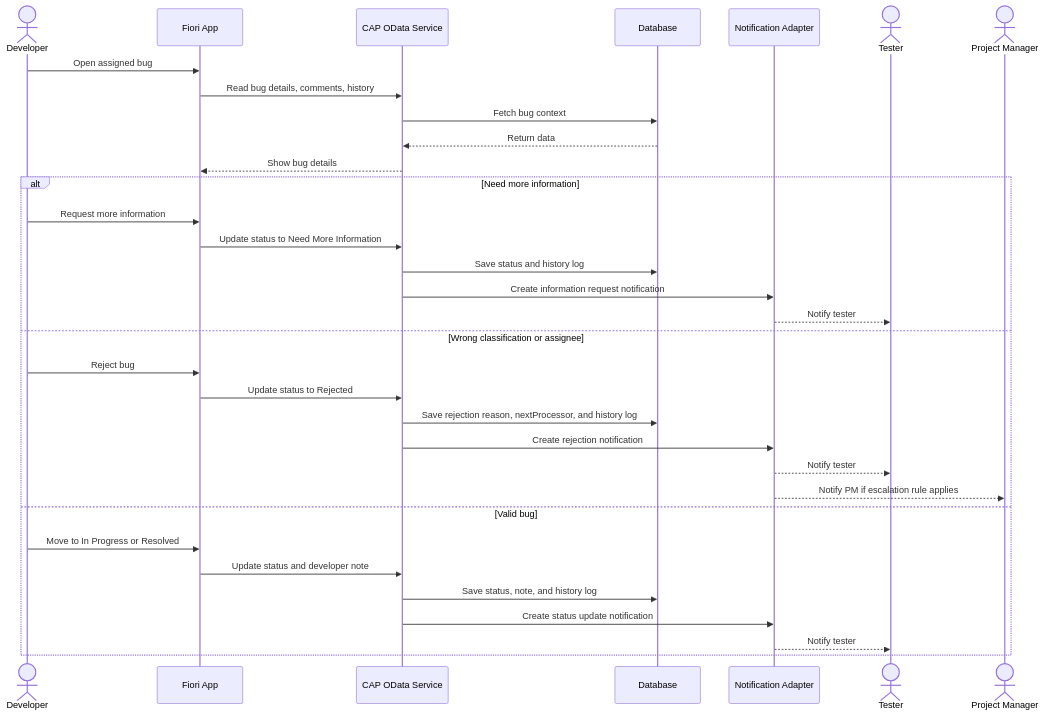
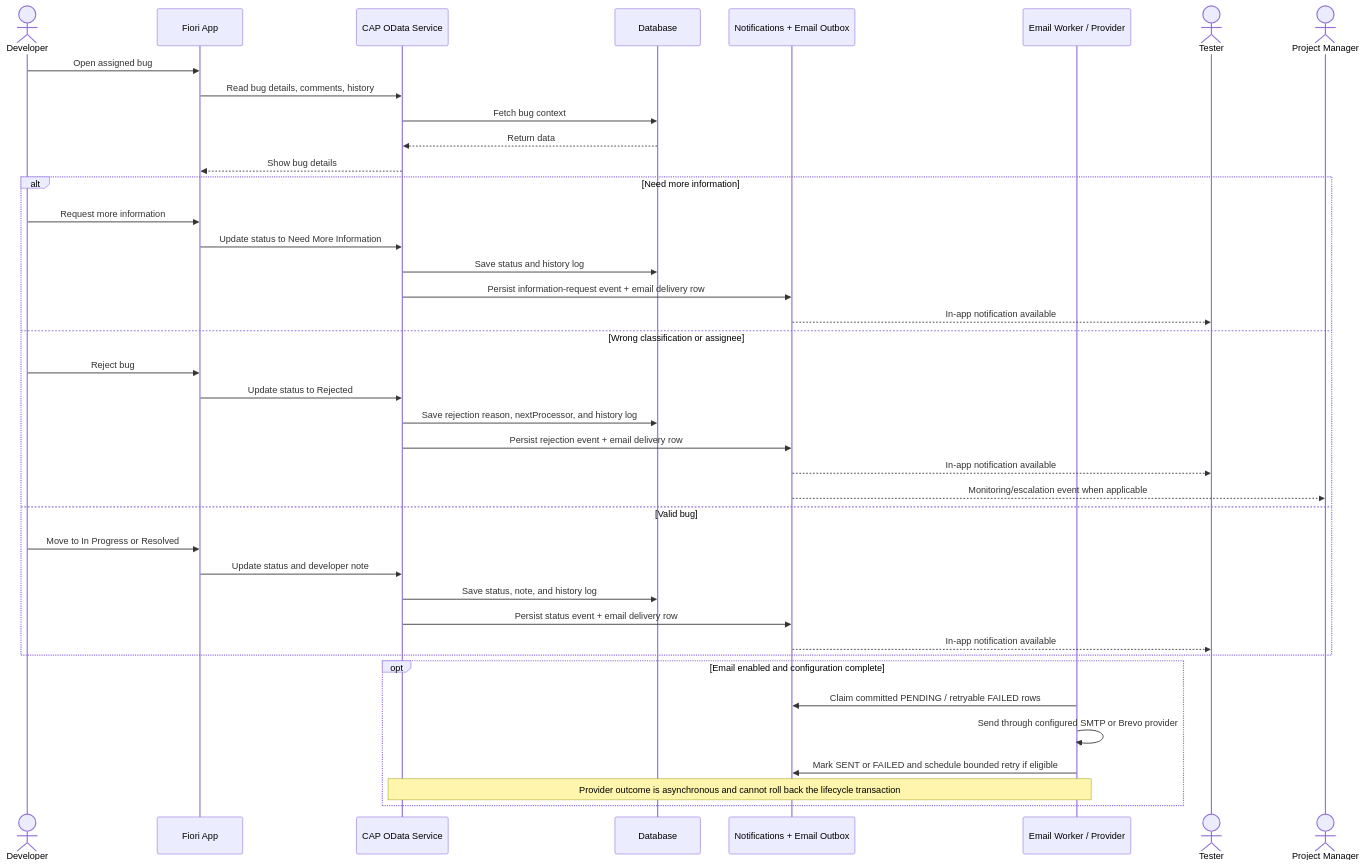
One commit to DarwinDO/IDTS-SAP01 changed the second of 3 diagrams in docs/diagrams/06-notification-audit-monitoring.md. Above: the diagram before and after it, drawn with Mermaid. The commit also changed other lines of this file and 124 other files, not shown here.

````diff
--- a/docs/diagrams/06-notification-audit-monitoring.md
+++ b/docs/diagrams/06-notification-audit-monitoring.md
@@ -37,37 +49,45 @@
 ```mermaid
 sequenceDiagram
     actor Dev as Developer
     participant UI as Fiori App
     participant CAP as CAP OData Service
     participant DB as Database
-    participant Notify as Notification Adapter
+    participant Outbox as Notifications + Email Outbox
+    participant Worker as Email Worker / Provider
     actor Tester as Tester
     actor PM as Project Manager
 
     Dev->>UI: Open assigned bug
     UI->>CAP: Read bug details, comments, history
     CAP->>DB: Fetch bug context
     DB-->>CAP: Return data
     CAP-->>UI: Show bug details
 
     alt Need more information
         Dev->>UI: Request more information
         UI->>CAP: Update status to Need More Information
         CAP->>DB: Save status and history log
-        CAP->>Notify: Create information request notification
-        Notify-->>Tester: Notify tester
+        CAP->>Outbox: Persist information-request event + email delivery row
+        Outbox-->>Tester: In-app notification available
     else Wrong classification or assignee
         Dev->>UI: Reject bug
         UI->>CAP: Update status to Rejected
         CAP->>DB: Save rejection reason, nextProcessor, and history log
-        CAP->>Notify: Create rejection notification
-        Notify-->>Tester: Notify tester
-        Notify-->>PM: Notify PM if escalation rule applies
+        CAP->>Outbox: Persist rejection event + email delivery row
+        Outbox-->>Tester: In-app notification available
+        Outbox-->>PM: Monitoring/escalation event when applicable
     else Valid bug
         Dev->>UI: Move to In Progress or Resolved
         UI->>CAP: Update status and developer note
         CAP->>DB: Save status, note, and history log
-        CAP->>Notify: Create status update notification
-        Notify-->>Tester: Notify tester
+        CAP->>Outbox: Persist status event + email delivery row
+        Outbox-->>Tester: In-app notification available
+    end
+
+    opt Email enabled and configuration complete
+        Worker->>Outbox: Claim committed PENDING / retryable FAILED rows
+        Worker->>Worker: Send through configured SMTP or Brevo provider
+        Worker->>Outbox: Mark SENT or FAILED and schedule bounded retry if eligible
+        Note over CAP,Worker: Provider outcome is asynchronous and cannot roll back the lifecycle transaction
     end
 ```
````
